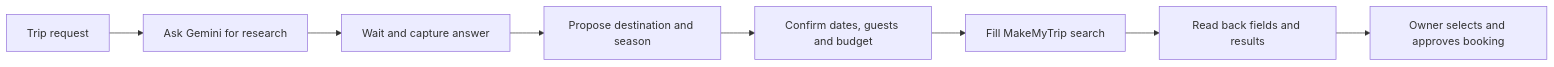
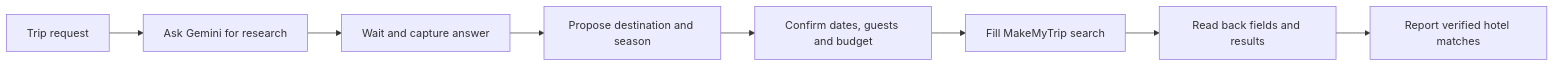
The diagram in research/34-cross-app-reading-and-research.md (Vishwas3000/Friday), drawn with Mermaid before and after one commit. The commit also changed other lines of this file and 51 other files, not shown here.

````diff
--- a/research/34-cross-app-reading-and-research.md
+++ b/research/34-cross-app-reading-and-research.md
@@ -17,10 +21,10 @@
 ```mermaid
 flowchart LR
     A[Trip request] --> B[Ask Gemini for research]
     B --> C[Wait and capture answer]
     C --> D[Propose destination and season]
     D --> E[Confirm dates, guests and budget]
     E --> F[Fill MakeMyTrip search]
     F --> G[Read back fields and results]
-    G --> H[Owner selects and approves booking]
+    G --> H[Report verified hotel matches]
 ```
````
